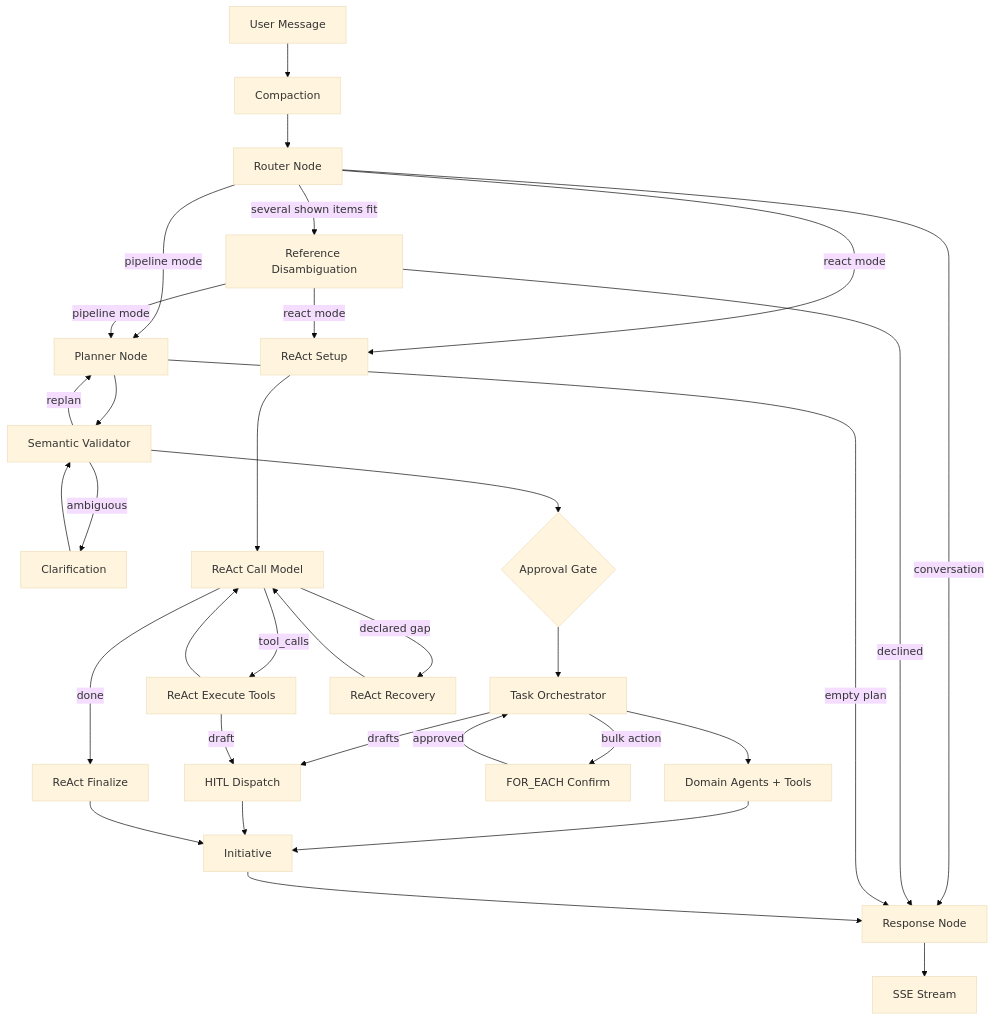
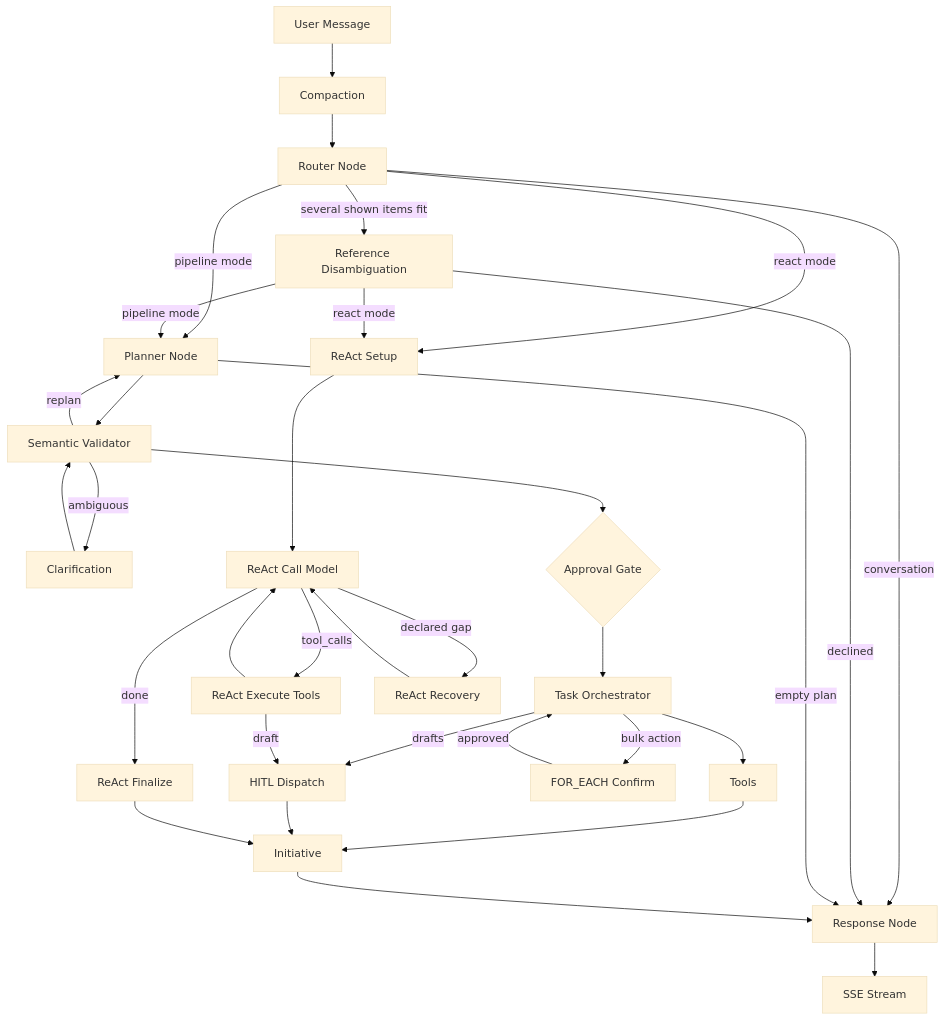
The diagram in docs/ARCHITECTURE_LANGRAPH.md (jgouviergmail/LIA-Assistant), drawn with Mermaid (base theme) before and after one commit. The commit also changed other lines of this file and 612 other files, not shown here.

````diff
--- a/docs/ARCHITECTURE_LANGRAPH.md
+++ b/docs/ARCHITECTURE_LANGRAPH.md
@@ -31,35 +31,35 @@
 ```mermaid
 graph TD
     A[User Message] --> CP[Compaction]
     CP --> B[Router Node]
     B -->|conversation| C[Response Node]
     B -->|pipeline mode| D[Planner Node]
     B -->|react mode| R1[ReAct Setup]
     B -->|several shown items fit| RD[Reference Disambiguation]
     RD -->|pipeline mode| D
     RD -->|react mode| R1
     RD -->|declined| C
     D -->|empty plan| C
     D --> E[Semantic Validator]
     E -->|ambiguous| CL[Clarification]
     CL --> E
     E -->|replan| D
     E --> F{Approval Gate}
     F --> G[Task Orchestrator]
-    G --> H[Domain Agents + Tools]
+    G --> H[Tools]
     G -->|drafts| HD[HITL Dispatch]
     G -->|bulk action| FE[FOR_EACH Confirm]
     FE -->|approved| G
     H --> I[Initiative]
     HD --> I
     I --> C
     R1 --> R2[ReAct Call Model]
     R2 -->|tool_calls| R3[ReAct Execute Tools]
     R3 --> R2
     R3 -->|draft| HD
     R2 -->|declared gap| R5[ReAct Recovery]
     R5 --> R2
     R2 -->|done| R4[ReAct Finalize]
     R4 --> I
     C --> J[SSE Stream]
 ```
````
